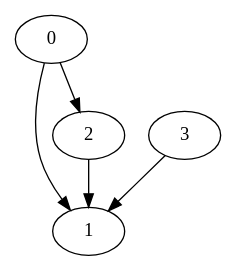
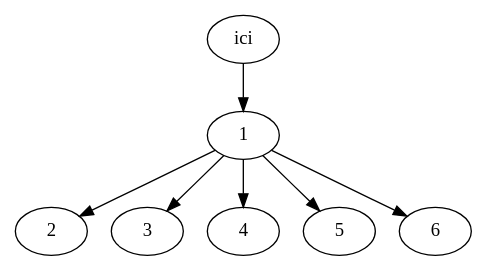
One commit to adamsekkat1/projetInfo changed the diagram in temporary0.dot. Above: the diagram before and after it, drawn with Graphviz. The commit also changed 13 other files, not shown here.

```diff
--- a/temporary0.dot
+++ b/temporary0.dot
@@ -1,10 +1,15 @@
 digraph G{
-   0[input=false,output=false];
+   0 [label="ici",input=false,output=false];
    1[input=false,output=false];
    2[input=false,output=false];
    3[input=false,output=false];
+   4[input=false,output=false];
+   5[input=false,output=false];
+   6[input=false,output=false];
    0->1;
-   0->2;
-   2->1;
-   3->1;
+   1->2;
+   1->3;
+   1->4;
+   1->5;
+   1->6;
 }
```
